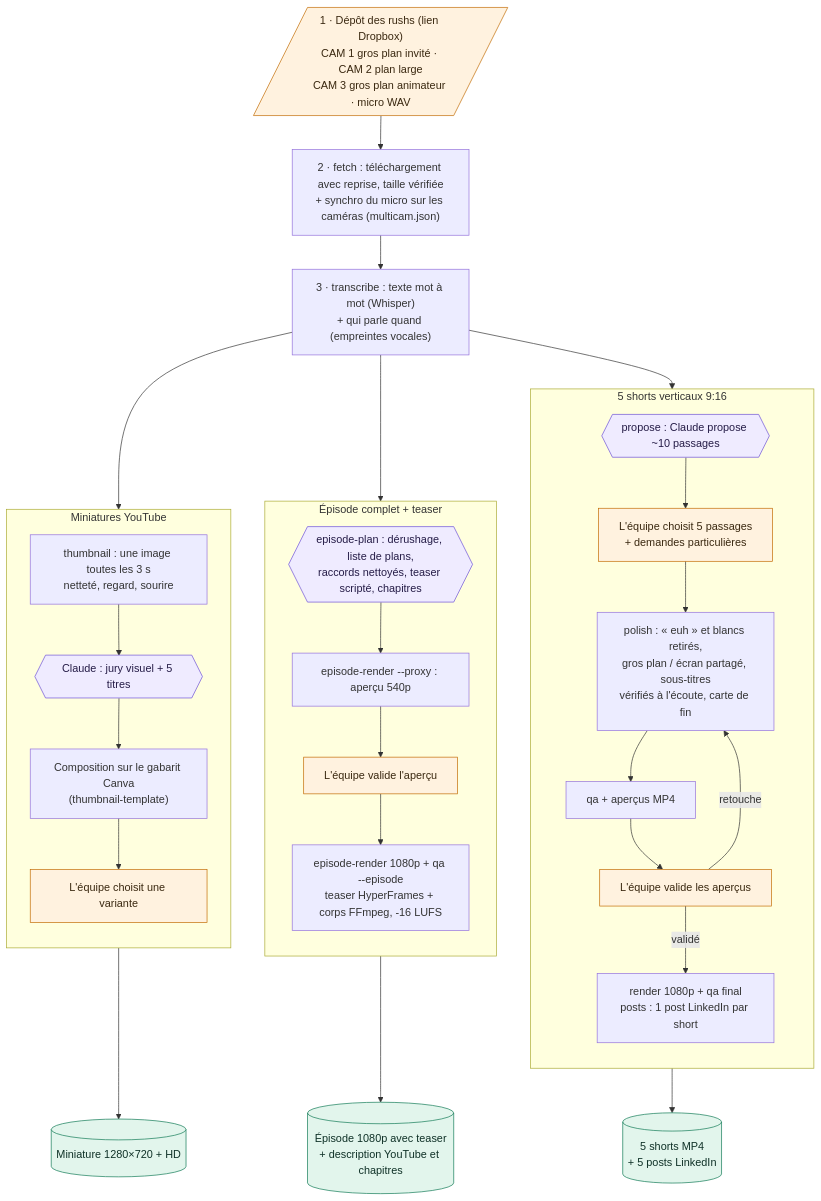
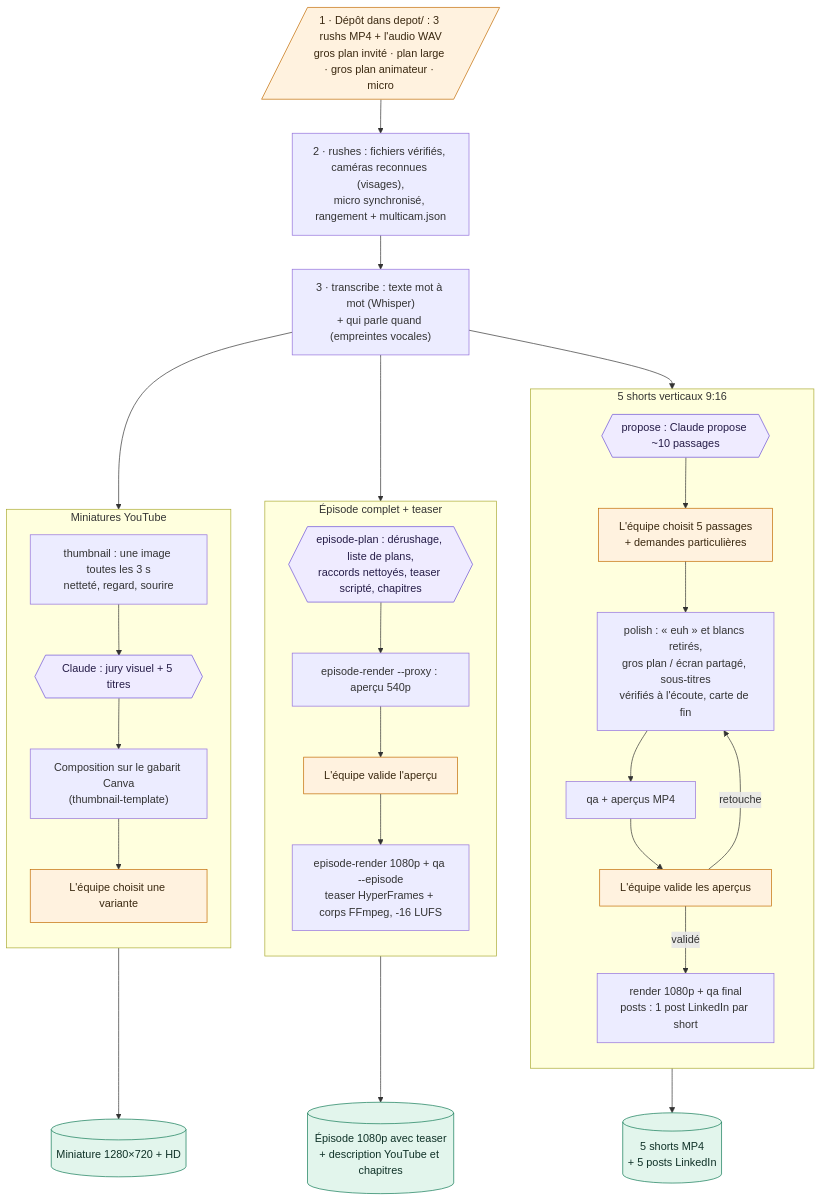
Before and after one commit to arthurw31/podcast-clipper: the diagram in README.md, drawn with Mermaid. The commit also changed other lines of this file and 8 other files, not shown here.

First line of the commit message:
Rushs déposés dans depot/ : commande rushes (rôles des caméras, synchro, rangement)

````diff
--- a/README.md
+++ b/README.md
@@ -22,44 +22,44 @@
 ```mermaid
 flowchart TD
-    IN[/"1 · Dépôt des rushs (lien Dropbox)<br/>CAM 1 gros plan invité · CAM 2 plan large<br/>CAM 3 gros plan animateur · micro WAV"/]
-    IN --> FE["2 · fetch : téléchargement avec reprise, taille vérifiée<br/>+ synchro du micro sur les caméras (multicam.json)"]
+    IN[/"1 · Dépôt dans depot/ : 3 rushs MP4 + l'audio WAV<br/>gros plan invité · plan large · gros plan animateur · micro"/]
+    IN --> FE["2 · rushes : fichiers vérifiés, caméras reconnues (visages),<br/>micro synchronisé, rangement + multicam.json"]
     FE --> TR["3 · transcribe : texte mot à mot (Whisper)<br/>+ qui parle quand (empreintes vocales)"]
     TR --> S1
     TR --> E1
     TR --> M1
 
     subgraph SH["5 shorts verticaux 9:16"]
         direction TB
         S1{{"propose : Claude propose ~10 passages"}} --> S2["L'équipe choisit 5 passages<br/>+ demandes particulières"]
         S2 --> S3["polish : « euh » et blancs retirés,<br/>gros plan / écran partagé, sous-titres<br/>vérifiés à l'écoute, carte de fin"]
         S3 --> S4["qa + aperçus MP4"]
         S4 --> S5["L'équipe valide les aperçus"]
         S5 -->|retouche| S3
         S5 -->|validé| S6["render 1080p + qa final<br/>posts : 1 post LinkedIn par short"]
     end
 
     subgraph EP["Épisode complet + teaser"]
         direction TB
         E1{{"episode-plan : dérushage, liste de plans,<br/>raccords nettoyés, teaser scripté, chapitres"}} --> E2["episode-render --proxy : aperçu 540p"]
         E2 --> E3["L'équipe valide l'aperçu"]
         E3 --> E4["episode-render 1080p + qa --episode<br/>teaser HyperFrames + corps FFmpeg, -16 LUFS"]
     end
 
     subgraph MI["Miniatures YouTube"]
         direction TB
         M1["thumbnail : une image toutes les 3 s<br/>netteté, regard, sourire"] --> M2{{"Claude : jury visuel + 5 titres"}}
         M2 --> M3["Composition sur le gabarit Canva<br/>(thumbnail-template)"]
         M3 --> M4["L'équipe choisit une variante"]
     end
 
     S6 --> L1[("5 shorts MP4<br/>+ 5 posts LinkedIn")]
     E4 --> L2[("Épisode 1080p avec teaser<br/>+ description YouTube et chapitres")]
     M4 --> L3[("Miniature 1280×720 + HD")]
 
     classDef human fill:#FFF2DF,stroke:#C26A00,color:#3A2810;
     classDef llm fill:#EFEBFF,stroke:#6B4FD8,color:#251C47;
     classDef deliver fill:#E2F5EC,stroke:#0F7A55,color:#0F3127;
     class IN,S2,S5,E3,M4 human;
     class S1,E1,M2 llm;
     class L1,L2,L3 deliver;
 ```
````
